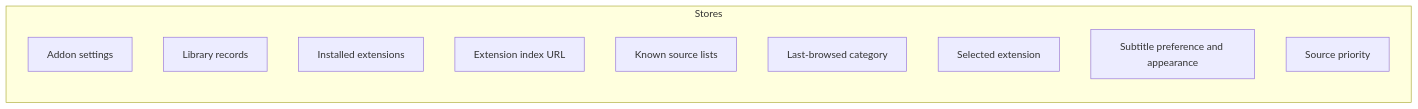
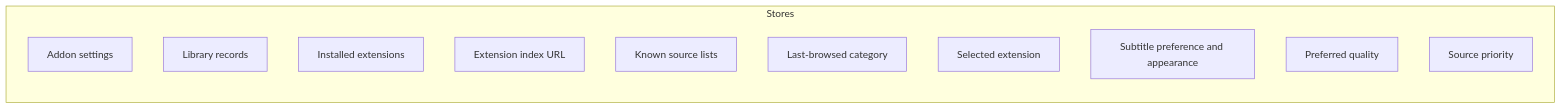
Before and after one commit to nimbusfvck/fvcksubs: the fifth of 6 diagrams in docs/05-data-model.md, drawn with Mermaid. The commit also changed other lines of this file and 17 other files, not shown here.

Commit message:
feat(player): add preferred video quality setting

````diff
--- a/docs/05-data-model.md
+++ b/docs/05-data-model.md
@@ -205,14 +205,15 @@
 ```mermaid
 flowchart LR
     subgraph S["Stores"]
         A["Addon settings"]
         B["Library records"]
         C["Installed extensions"]
         D["Extension index URL"]
         E["Known source lists"]
         F["Last-browsed category"]
         G["Selected extension"]
         H["Subtitle preference and appearance"]
-        I["Source priority"]
+        I["Preferred quality"]
+        J["Source priority"]
     end
 ```
````
